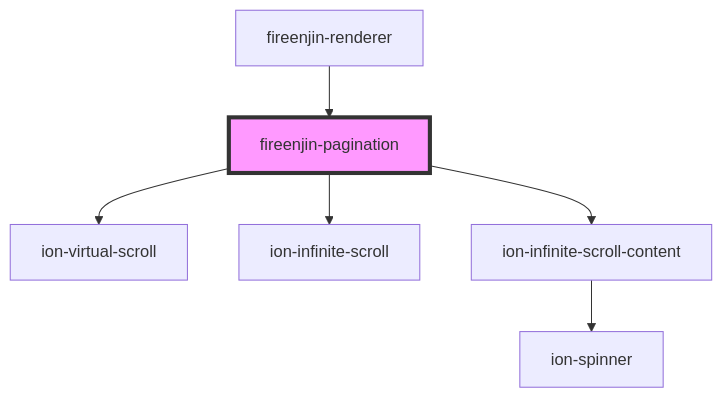
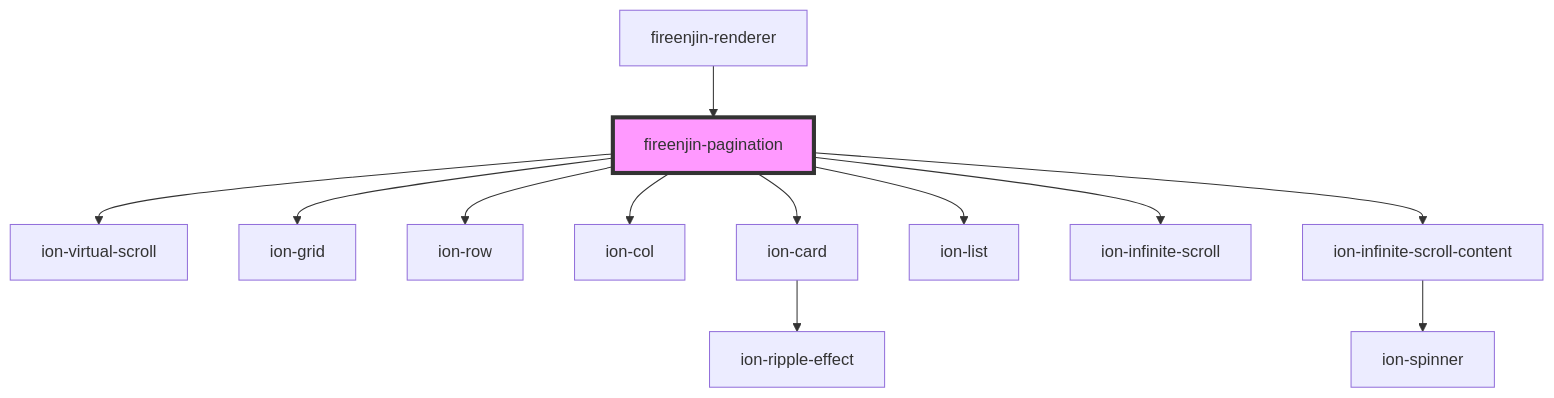
The diagram in src/components/pagination/readme.md (MadnessLabs/fireenjin-components), drawn with Mermaid before and after one commit. The commit also changed other lines of this file and 2 other files, not shown here.

Commit message:
fix(pagination): Allow disabling of virtual scroll with disableVirtualScroll prop

````diff
--- a/src/components/pagination/readme.md
+++ b/src/components/pagination/readme.md
@@ -101,9 +108,15 @@
 ```mermaid
 graph TD;
   fireenjin-pagination --> ion-virtual-scroll
+  fireenjin-pagination --> ion-grid
+  fireenjin-pagination --> ion-row
+  fireenjin-pagination --> ion-col
+  fireenjin-pagination --> ion-card
+  fireenjin-pagination --> ion-list
   fireenjin-pagination --> ion-infinite-scroll
   fireenjin-pagination --> ion-infinite-scroll-content
+  ion-card --> ion-ripple-effect
   ion-infinite-scroll-content --> ion-spinner
   fireenjin-renderer --> fireenjin-pagination
   style fireenjin-pagination fill:#f9f,stroke:#333,stroke-width:4px
 ```
````
